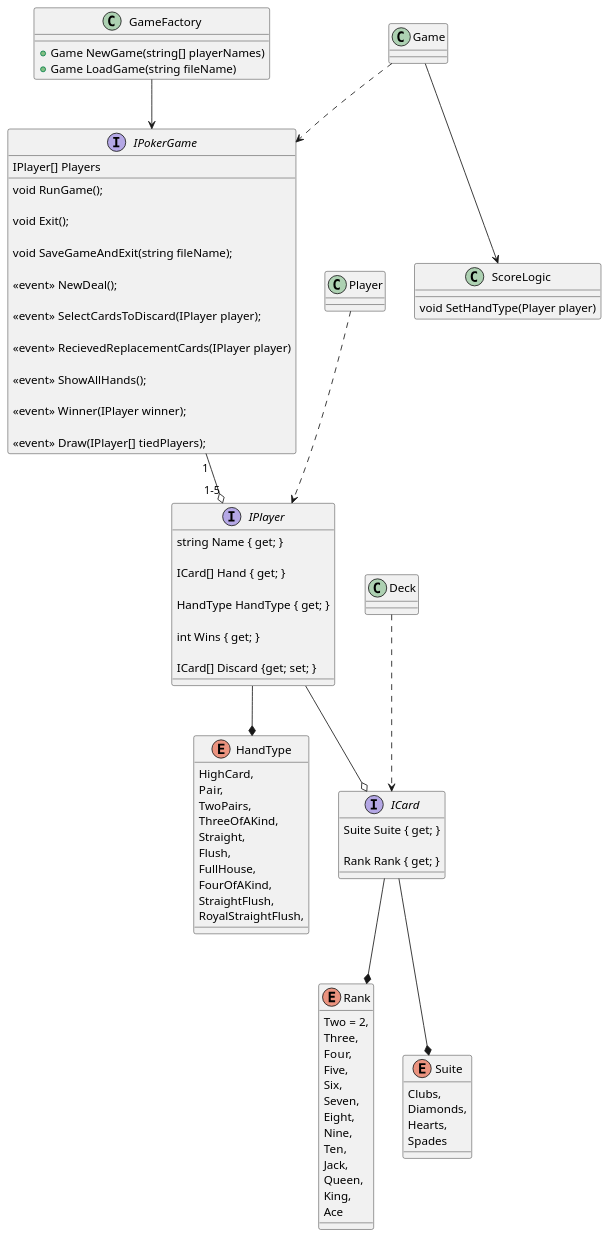
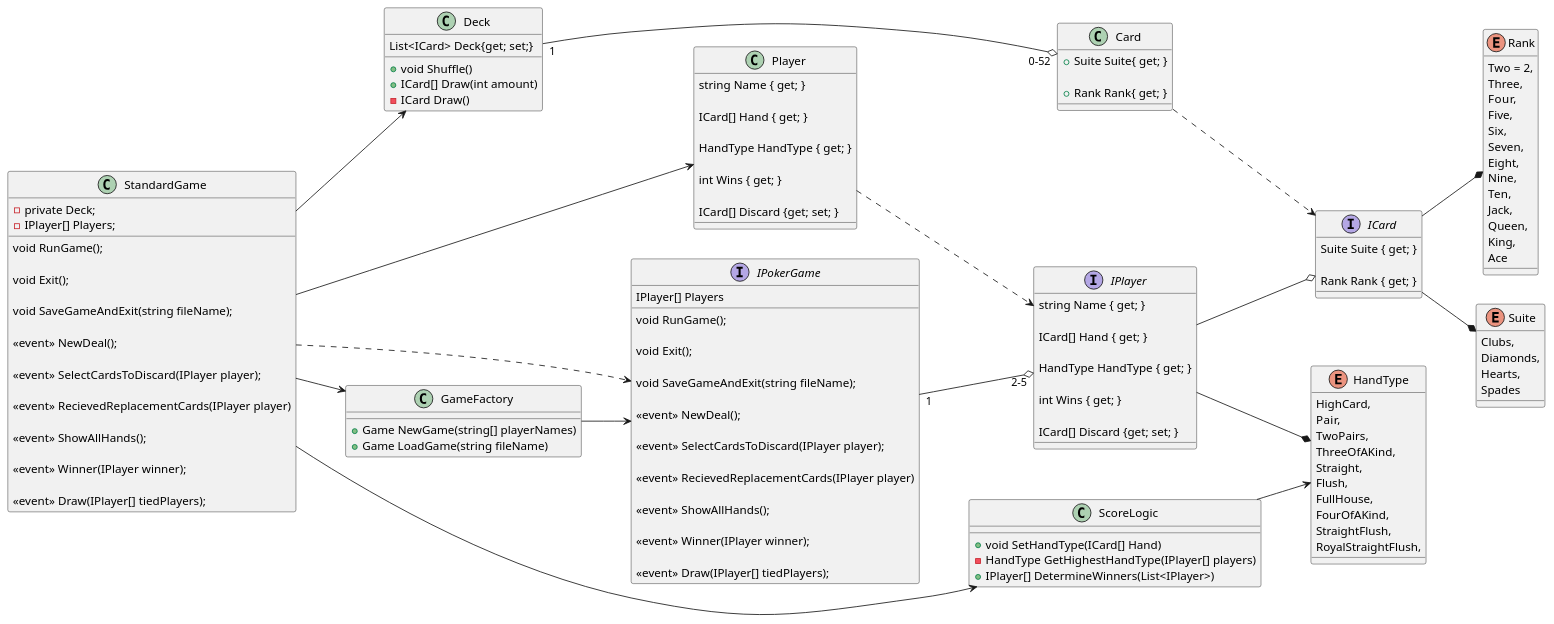
One commit to DantusMaximus/Lab-2---Poker changed the diagram in PokerLib/Design.plantuml. Above: the diagram before and after it, drawn with PlantUML. The commit also changed 1 other file, not shown here.

```diff
--- a/PokerLib/Design.plantuml
+++ b/PokerLib/Design.plantuml
@@ -1,94 +1,147 @@
 @startuml Design
+left to right direction
 class GameFactory
 {
     +Game NewGame(string[] playerNames)
     +Game LoadGame(string fileName)
 }
 GameFactory ==> IPokerGame
 interface IPokerGame
 {
     IPlayer[] Players
     void RunGame();
 
     void Exit();
 
     void SaveGameAndExit(string fileName);
 
     <<event>> NewDeal();
 
     <<event>> SelectCardsToDiscard(IPlayer player);
 
     <<event>> RecievedReplacementCards(IPlayer player)
 
     <<event>> ShowAllHands();
 
     <<event>> Winner(IPlayer winner);
 
     <<event>> Draw(IPlayer[] tiedPlayers);
 }
-Game ..> IPokerGame
+class StandardGame
+{
+    -private Deck;
+    -IPlayer[] Players;
+    void RunGame();
+
+    void Exit();
+
+    void SaveGameAndExit(string fileName);
+
+    <<event>> NewDeal();
+
+    <<event>> SelectCardsToDiscard(IPlayer player);
+
+    <<event>> RecievedReplacementCards(IPlayer player)
+
+    <<event>> ShowAllHands();
+
+    <<event>> Winner(IPlayer winner);
+
+    <<event>> Draw(IPlayer[] tiedPlayers);
+}
+StandardGame --> Player
+StandardGame --> Deck
+StandardGame ..> IPokerGame
+StandardGame --> GameFactory
+StandardGame --> ScoreLogic
 class ScoreLogic{
-    void SetHandType(Player player)
+    +void SetHandType(ICard[] Hand)
+    -HandType GetHighestHandType(IPlayer[] players)
+    +IPlayer[] DetermineWinners(List<IPlayer>)
 }
-Game --> ScoreLogic
-IPokerGame "1" ==o "1-5"IPlayer
+ScoreLogic --> HandType
+IPokerGame "1" ==o "2-5"IPlayer
 interface IPlayer{
+    string Name { get; }
+
+    ICard[] Hand { get; }
+
+    HandType HandType { get; }
+
+    int Wins { get; }
+
+    ICard[] Discard {get; set; }
+}
+class Player{
     string Name { get; }
 
     ICard[] Hand { get; }
 
     HandType HandType { get; }
 
     int Wins { get; }
 
     ICard[] Discard {get; set; }
 }
 Player ..> IPlayer
 IPlayer ==* HandType
 enum HandType
 {
     HighCard,
     Pair,
     TwoPairs,
     ThreeOfAKind,
     Straight,
     Flush,
     FullHouse,
     FourOfAKind,
     StraightFlush,
     RoyalStraightFlush,
 }
 IPlayer ==o ICard
-Deck ..> ICard
+Card ..> ICard
+Deck "1" --o "0-52" Card
+class Deck{
+    +void Shuffle()
+    +ICard[] Draw(int amount)
+    -ICard Draw()
+    List<ICard> Deck{get; set;}
+}
 interface ICard
 {
     Suite Suite { get; }
 
     Rank Rank { get; }
+}
+class Card
+{
+    +Suite Suite{ get; }
+
+    +Rank Rank{ get; }
 }
 ICard ==* Rank
 ICard ==* Suite
 enum Rank{
     Two = 2,
     Three,
     Four,
     Five,
     Six,
     Seven,
     Eight,
     Nine,
     Ten,
     Jack,
     Queen,
     King,
     Ace
 }
 enum Suite{
     Clubs,
     Diamonds,
     Hearts,
     Spades
 }
 
 
 @enduml
```
